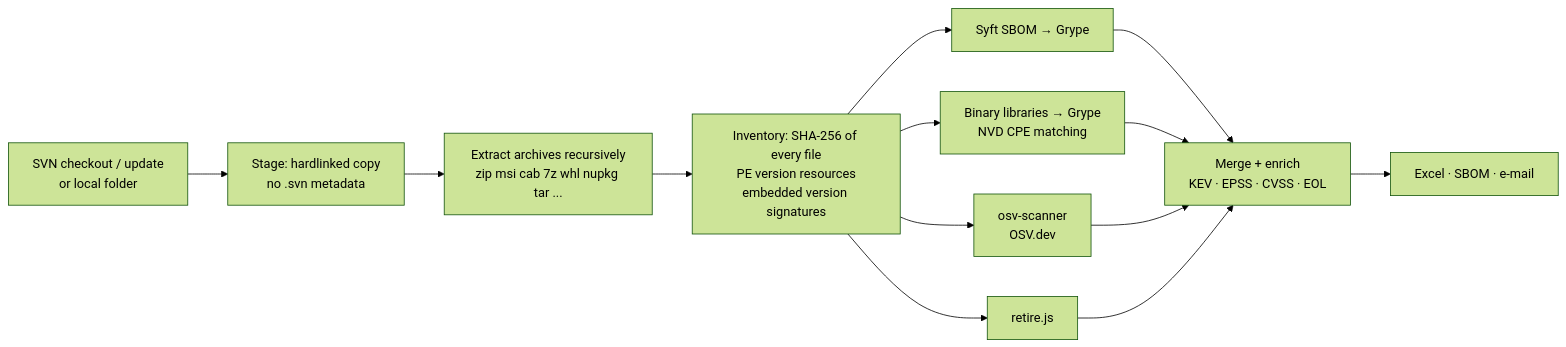
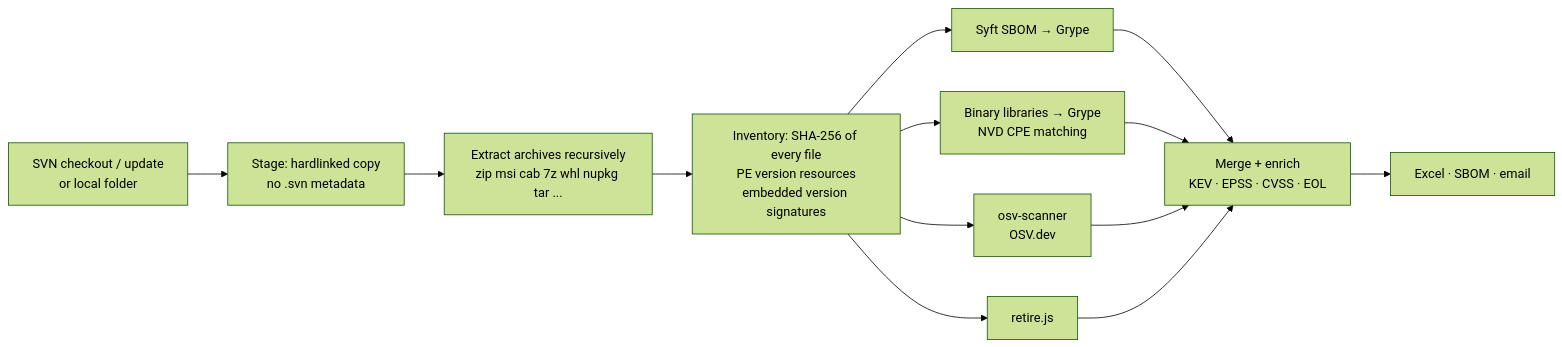
One commit to CadworkNA/vulnscan changed the diagram in README.md. Above: the diagram before and after it, drawn with Mermaid (forest theme). The commit also changed other lines of this file and 6 other files, not shown here.

````diff
--- a/README.md
+++ b/README.md
@@ -108,12 +108,12 @@
 ```mermaid
 flowchart LR
   A[SVN checkout / update<br>or local folder] --> B[Stage: hardlinked copy<br>no .svn metadata]
   B --> C[Extract archives recursively<br>zip msi cab 7z whl nupkg tar ...]
   C --> D[Inventory: SHA-256 of every file<br>PE version resources<br>embedded version signatures]
   D --> E1[Syft SBOM → Grype]
   D --> E2[Binary libraries → Grype<br>NVD CPE matching]
   D --> E3[osv-scanner<br>OSV.dev]
   D --> E4[retire.js]
   E1 & E2 & E3 & E4 --> F[Merge + enrich<br>KEV · EPSS · CVSS · EOL]
-  F --> G[Excel · SBOM · e-mail]
+  F --> G[Excel · SBOM · email]
 ```
````
